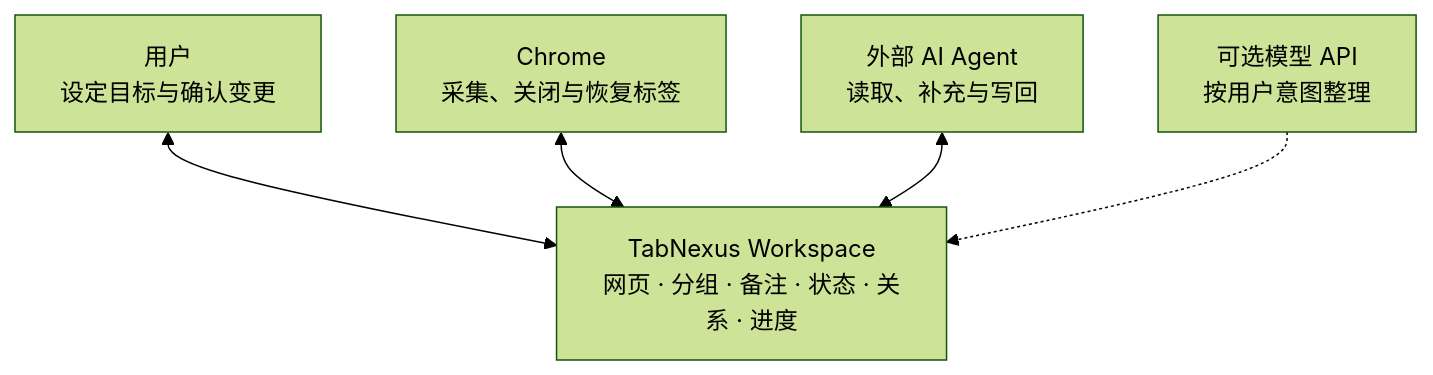
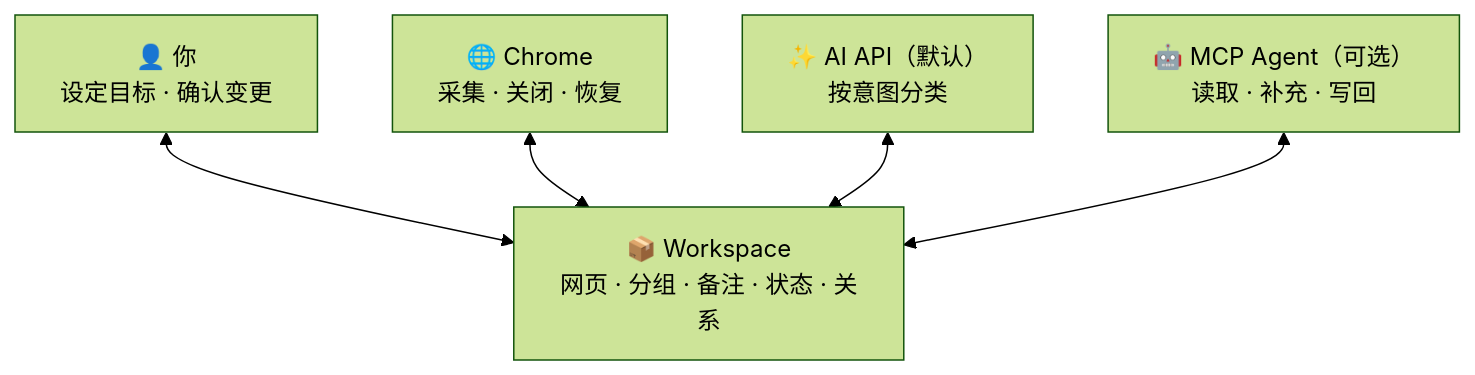
One commit to KaichenCurry/TabNexus changed the second of 2 diagrams in README.md. Above: the diagram before and after it, drawn with Mermaid (forest theme). The commit also changed other lines of this file and 79 other files, not shown here.

````diff
--- a/README.md
+++ b/README.md
@@ -65,8 +57,8 @@
-```mermaid
+~~~mermaid
 flowchart TB
-    Context["TabNexus Workspace<br/>网页 · 分组 · 备注 · 状态 · 关系 · 进度"]
-    User["用户<br/>设定目标与确认变更"] <--> Context
-    Browser["Chrome<br/>采集、关闭与恢复标签"] <--> Context
-    Agent["外部 AI Agent<br/>读取、补充与写回"] <--> Context
-    Model["可选模型 API<br/>按用户意图整理"] -.-> Context
-```
+    Context["📦 Workspace<br/>网页 · 分组 · 备注 · 状态 · 关系"]
+    User["👤 你<br/>设定目标 · 确认变更"] <--> Context
+    Browser["🌐 Chrome<br/>采集 · 关闭 · 恢复"] <--> Context
+    API["✨ AI API（默认）<br/>按意图分类"] <--> Context
+    Agent["🤖 MCP Agent（可选）<br/>读取 · 补充 · 写回"] <--> Context
+~~~
````
